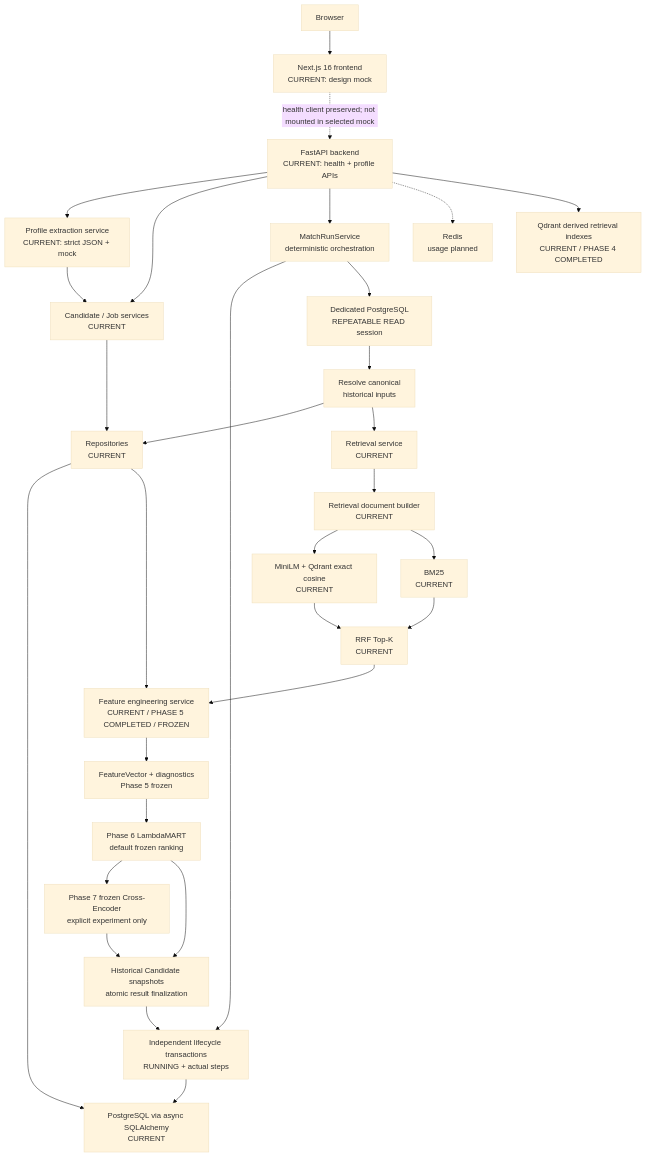
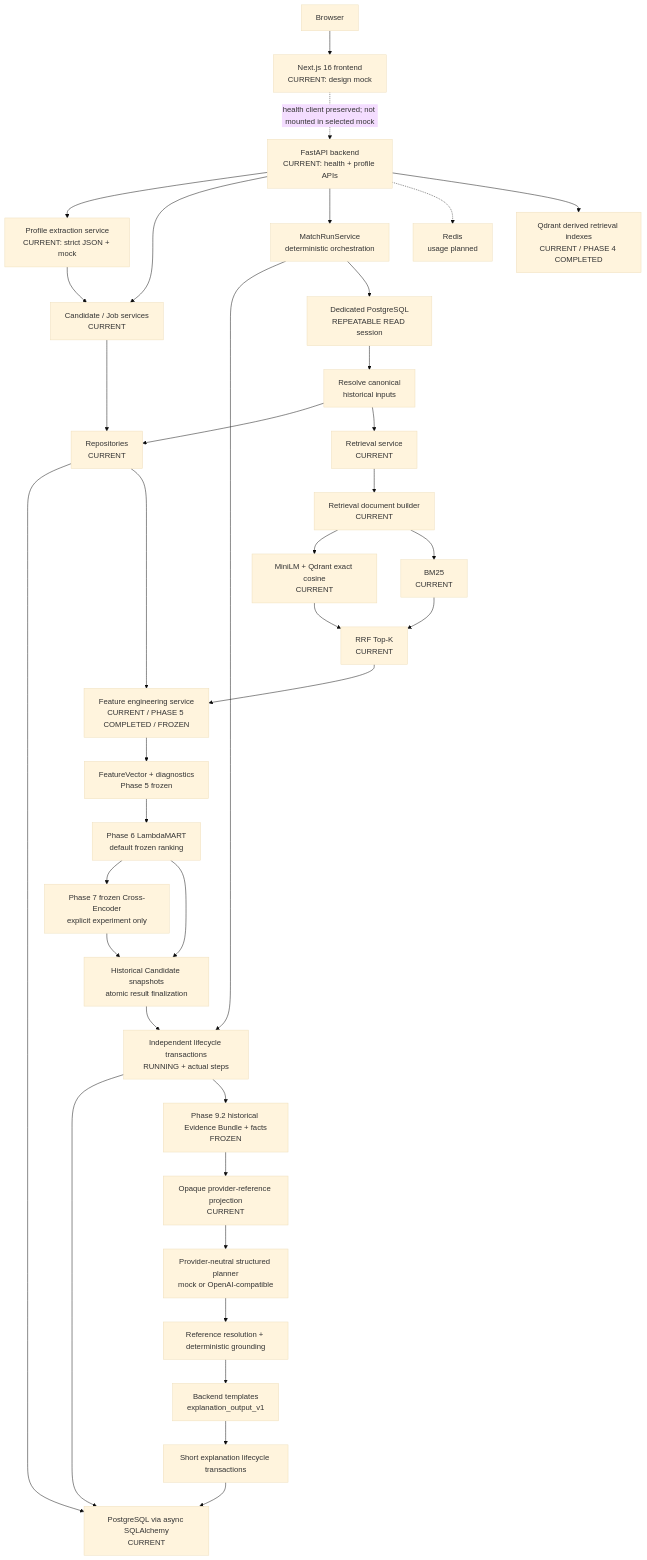
The first of 2 diagrams in docs/architecture.md (rM0on/peoplematch-agent), drawn with Mermaid (base theme) before and after one commit. The commit also changed other lines of this file and 44 other files, not shown here.

Commit message:
feat: finalize evidence-grounded explanation generation pipeline

````diff
--- a/docs/architecture.md
+++ b/docs/architecture.md
@@ -26,32 +26,39 @@
 ```mermaid
 flowchart TD
     Browser["Browser"] --> Next["Next.js 16 frontend\nCURRENT: design mock"]
     Next -. "health client preserved; not mounted in selected mock" .-> FastAPI["FastAPI backend\nCURRENT: health + profile APIs"]
     FastAPI --> Extraction["Profile extraction service\nCURRENT: strict JSON + mock"]
     Extraction --> Service["Candidate / Job services\nCURRENT"]
     FastAPI --> Service
     Service --> Repository["Repositories\nCURRENT"]
     Repository --> PG["PostgreSQL via async SQLAlchemy\nCURRENT"]
     FastAPI --> MatchRun["MatchRunService\ndeterministic orchestration"]
     MatchRun --> Lifecycle["Independent lifecycle transactions\nRUNNING + actual steps"]
     Lifecycle --> PG
     MatchRun --> Execution["Dedicated PostgreSQL\nREPEATABLE READ session"]
     Execution --> Inputs["Resolve canonical\nhistorical inputs"]
     Inputs --> Repository
     Inputs --> RetrievalService["Retrieval service\nCURRENT"]
     RetrievalService --> Retrieval["Retrieval document builder\nCURRENT"]
     Retrieval --> Dense["MiniLM + Qdrant exact cosine\nCURRENT"]
     Retrieval --> Sparse["BM25\nCURRENT"]
     Dense --> Fusion["RRF Top-K\nCURRENT"]
     Sparse --> Fusion
 Fusion --> FeatureService["Feature engineering service\nCURRENT / PHASE 5 COMPLETED / FROZEN"]
     Repository --> FeatureService
     FeatureService --> FeatureContract["FeatureVector + diagnostics\nPhase 5 frozen"]
     FeatureContract --> Ranker["Phase 6 LambdaMART\ndefault frozen ranking"]
     Ranker --> CrossEncoder["Phase 7 frozen Cross-Encoder\nexplicit experiment only"]
     Ranker --> Finalize["Historical Candidate snapshots\natomic result finalization"]
     CrossEncoder --> Finalize
     Finalize --> Lifecycle
+    Lifecycle --> Evidence["Phase 9.2 historical Evidence Bundle + facts\nFROZEN"]
+    Evidence --> Projection["Opaque provider-reference projection\nCURRENT"]
+    Projection --> Planner["Provider-neutral structured planner\nmock or OpenAI-compatible"]
+    Planner --> Grounding["Reference resolution + deterministic grounding"]
+    Grounding --> Templates["Backend templates\nexplanation_output_v1"]
+    Templates --> ExplanationLifecycle["Short explanation lifecycle transactions"]
+    ExplanationLifecycle --> PG
     FastAPI -.-> Redis["Redis\nusage planned"]
     FastAPI --> Qdrant["Qdrant derived retrieval indexes\nCURRENT / PHASE 4 COMPLETED"]
 ```
````
